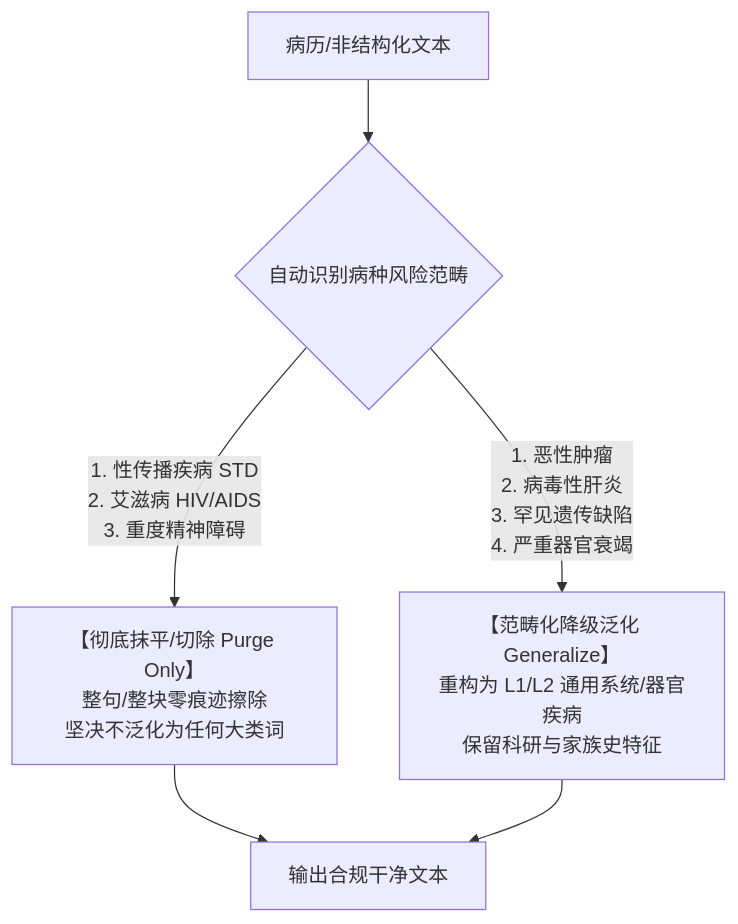
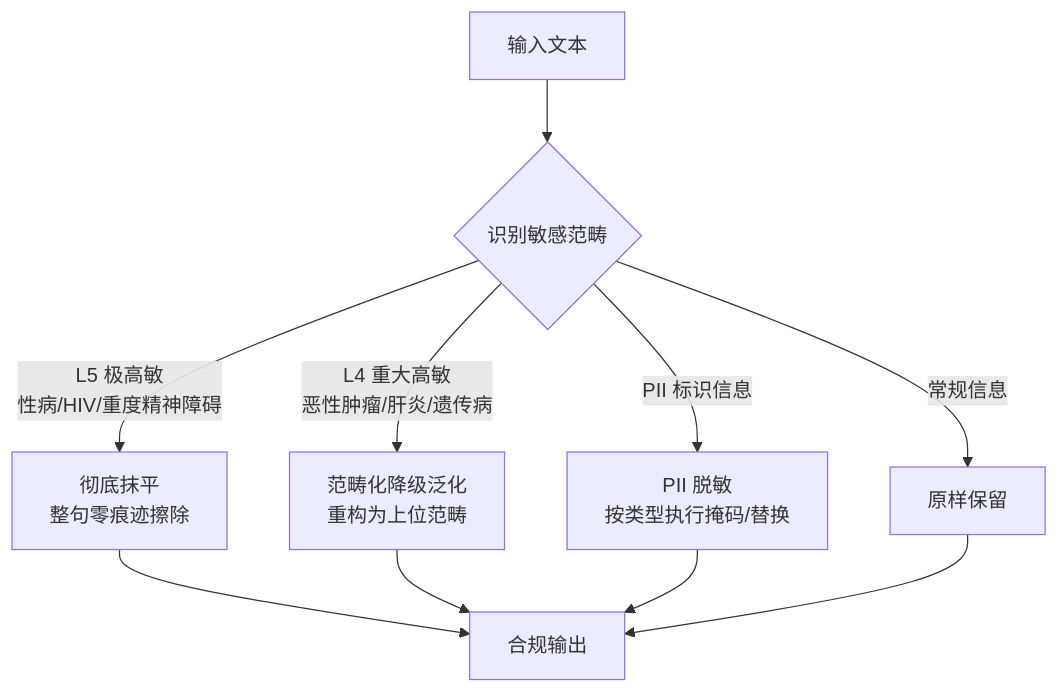
The second of 4 diagrams in docs/medical_pipeline/redaction_algorithm_specification.md (fengzhizi319/PrivShield), drawn with Mermaid before and after one commit. The commit also changed other lines of this file, not shown here.

````diff
--- a/docs/medical_pipeline/redaction_algorithm_specification.md
+++ b/docs/medical_pipeline/redaction_algorithm_specification.md
@@ -54,11 +90,12 @@
 ```mermaid
 flowchart TD
-    TextIn[病历/非结构化文本] --> Classify{自动识别病种风险范畴}
-
-    Classify -->|1. 性传播疾病 STD\n2. 艾滋病 HIV/AIDS\n3. 重度精神障碍| PurgePath[【彻底抹平/切除 Purge Only】\n整句/整块零痕迹擦除\n坚决不泛化为任何大类词]
-    
-    Classify -->|1. 恶性肿瘤\n2. 病毒性肝炎\n3. 罕见遗传缺陷\n4. 严重器官衰竭| GenPath[【范畴化降级泛化 Generalize】\n重构为 L1/L2 通用系统/器官疾病\n保留科研与家族史特征]
-
-    PurgePath --> CleanOutput[输出合规干净文本]
-    GenPath --> CleanOutput
+    TextIn[输入文本] --> Classify{识别敏感范畴}
+    Classify -->|L5 极高敏<br>性病/HIV/重度精神障碍| Purge[彻底抹平<br>整句零痕迹擦除]
+    Classify -->|L4 重大高敏<br>恶性肿瘤/肝炎/遗传病| Gen[范畴化降级泛化<br>重构为上位范畴]
+    Classify -->|PII 标识信息| PIITreat[PII 脱敏<br>按类型执行掩码/替换]
+    Classify -->|常规信息| Keep[原样保留]
+    Purge --> Output[合规输出]
+    Gen --> Output
+    PIITreat --> Output
+    Keep --> Output
 ```
````
